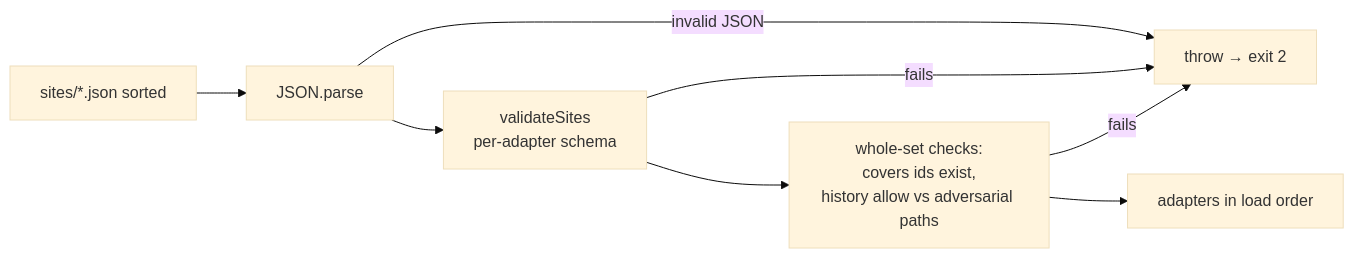
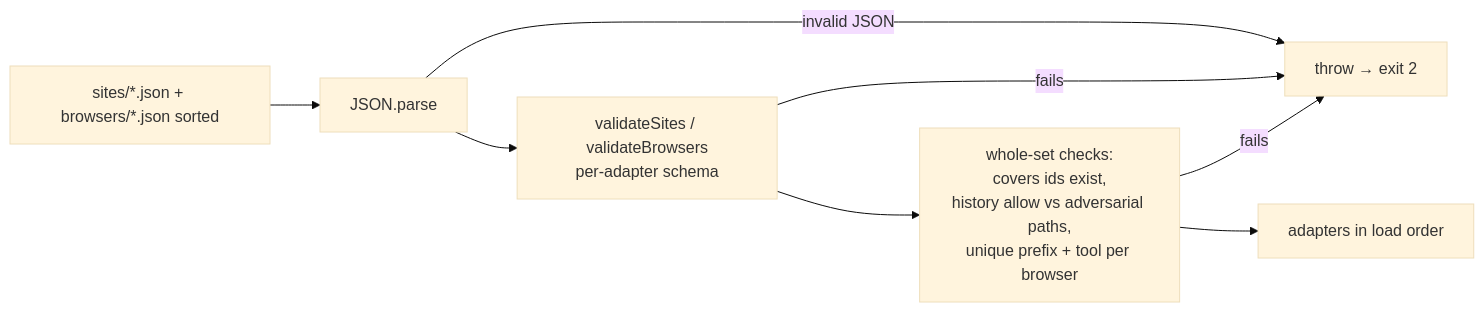
The fourth of 6 diagrams in docs/context/workflows.md (abhisheksarkar30/claude-deal-scout), drawn with Mermaid (base theme) before and after one commit. The commit also changed other lines of this file and 11 other files, not shown here.

````diff
--- a/docs/context/workflows.md
+++ b/docs/context/workflows.md
@@ -112,10 +116,10 @@
 ```mermaid
 flowchart LR
-  D["sites/*.json sorted"] --> J["JSON.parse"]
+  D["sites/*.json + browsers/*.json sorted"] --> J["JSON.parse"]
   J -- invalid JSON --> X["throw → exit 2"]
-  J --> V["validateSites<br/>per-adapter schema"]
+  J --> V["validateSites / validateBrowsers<br/>per-adapter schema"]
   V -- fails --> X
-  V --> S["whole-set checks:<br/>covers ids exist,<br/>history allow vs adversarial paths"]
+  V --> S["whole-set checks:<br/>covers ids exist,<br/>history allow vs adversarial paths,<br/>unique prefix + tool per browser"]
   S -- fails --> X
   S --> OK["adapters in load order"]
 ```
````
